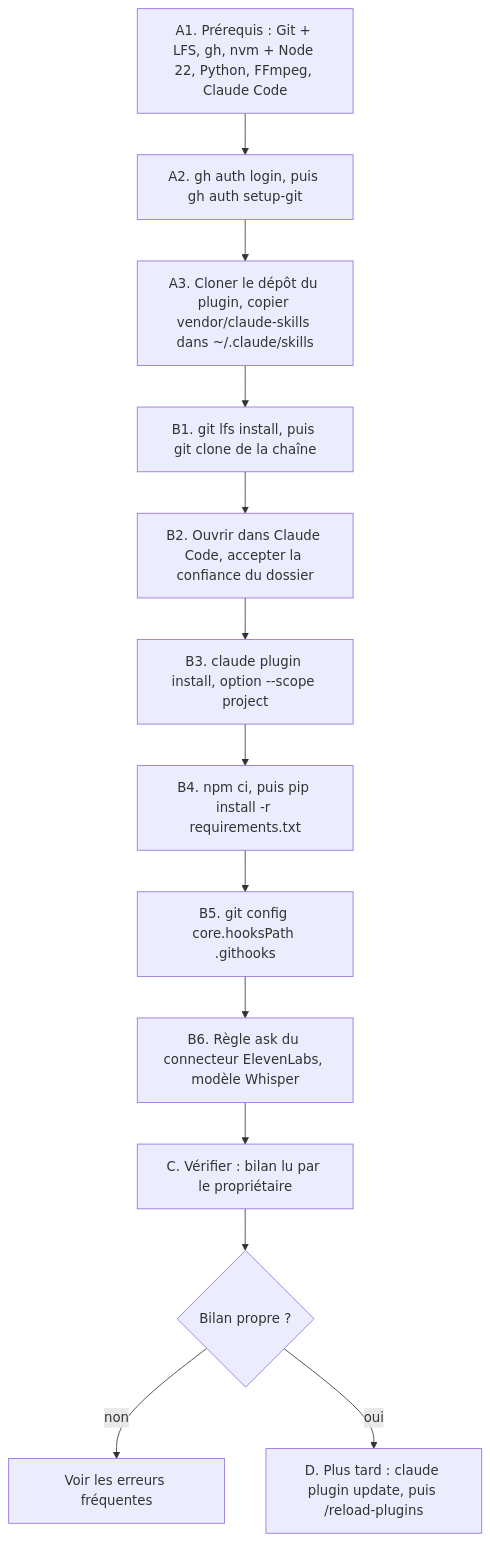
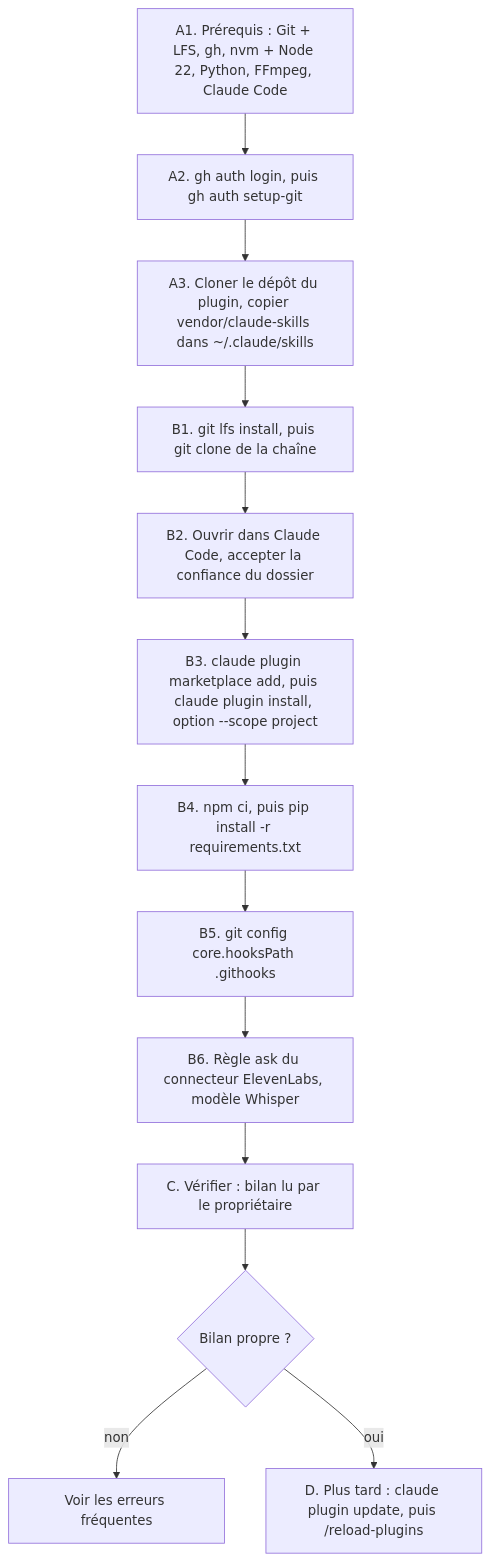
Before and after one commit to hichamsbihi/studio-faceless: the diagram in docs/workflows/installation-et-mise-a-jour.md, drawn with Mermaid. The commit also changed other lines of this file and 15 other files, not shown here.

````diff
--- a/docs/workflows/installation-et-mise-a-jour.md
+++ b/docs/workflows/installation-et-mise-a-jour.md
@@ -48,15 +48,15 @@
 ```mermaid
 flowchart TD
   A1["A1. Prérequis : Git + LFS, gh, nvm + Node 22, Python, FFmpeg, Claude Code"] --> A2["A2. gh auth login, puis gh auth setup-git"]
   A2 --> A3["A3. Cloner le dépôt du plugin, copier vendor/claude-skills dans ~/.claude/skills"]
   A3 --> B1["B1. git lfs install, puis git clone de la chaîne"]
   B1 --> B2["B2. Ouvrir dans Claude Code, accepter la confiance du dossier"]
-  B2 --> B3["B3. claude plugin install, option --scope project"]
+  B2 --> B3["B3. claude plugin marketplace add, puis claude plugin install, option --scope project"]
   B3 --> B4["B4. npm ci, puis pip install -r requirements.txt"]
   B4 --> B5["B5. git config core.hooksPath .githooks"]
   B5 --> B6["B6. Règle ask du connecteur ElevenLabs, modèle Whisper"]
   B6 --> C["C. Vérifier : bilan lu par le propriétaire"]
   C --> OK{"Bilan propre ?"}
   OK -- non --> R["Voir les erreurs fréquentes"]
   OK -- oui --> U["D. Plus tard : claude plugin update, puis /reload-plugins"]
 ```
````
